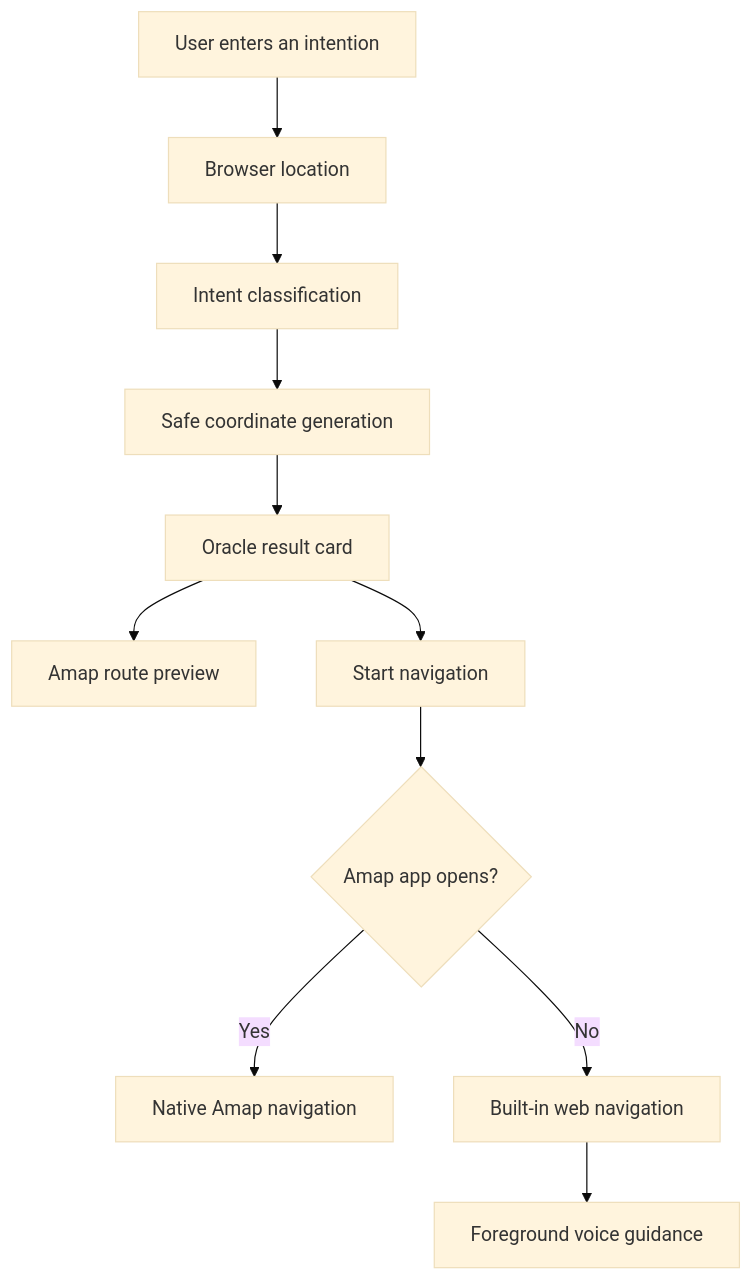
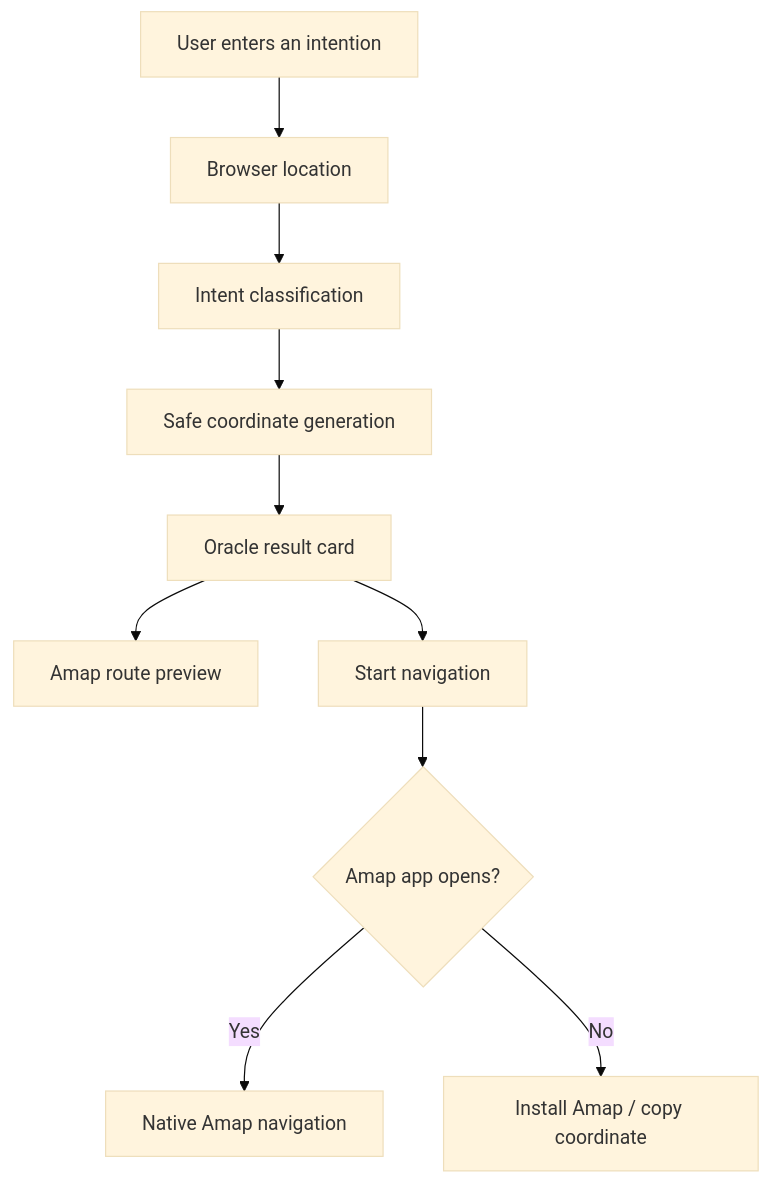
One commit to qinheming/lingyan-mvp changed the first of 2 diagrams in README.md. Above: the diagram before and after it, drawn with Mermaid (base theme). The commit also changed other lines of this file and 2 other files, not shown here.

Commit message:
Use Amap app for native navigation

````diff
--- a/README.md
+++ b/README.md
@@ -21,13 +21,12 @@
 ```mermaid
 flowchart TD
     A["User enters an intention"] --> B["Browser location"]
     B --> C["Intent classification"]
     C --> D["Safe coordinate generation"]
     D --> E["Oracle result card"]
     E --> F["Amap route preview"]
     E --> G["Start navigation"]
     G --> H{"Amap app opens?"}
     H -->|Yes| I["Native Amap navigation"]
-    H -->|No| J["Built-in web navigation"]
-    J --> K["Foreground voice guidance"]
+    H -->|No| J["Install Amap / copy coordinate"]
 ```
````
